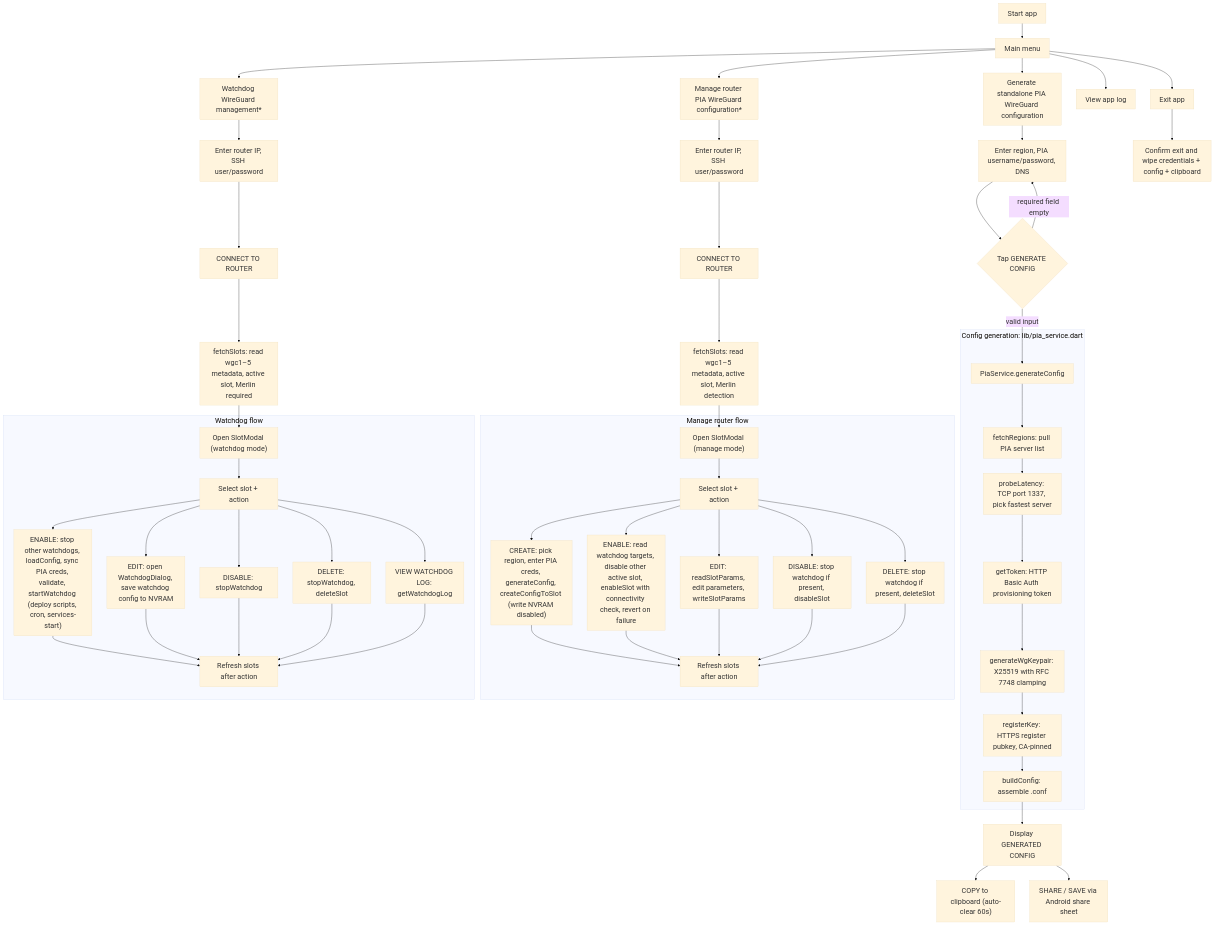
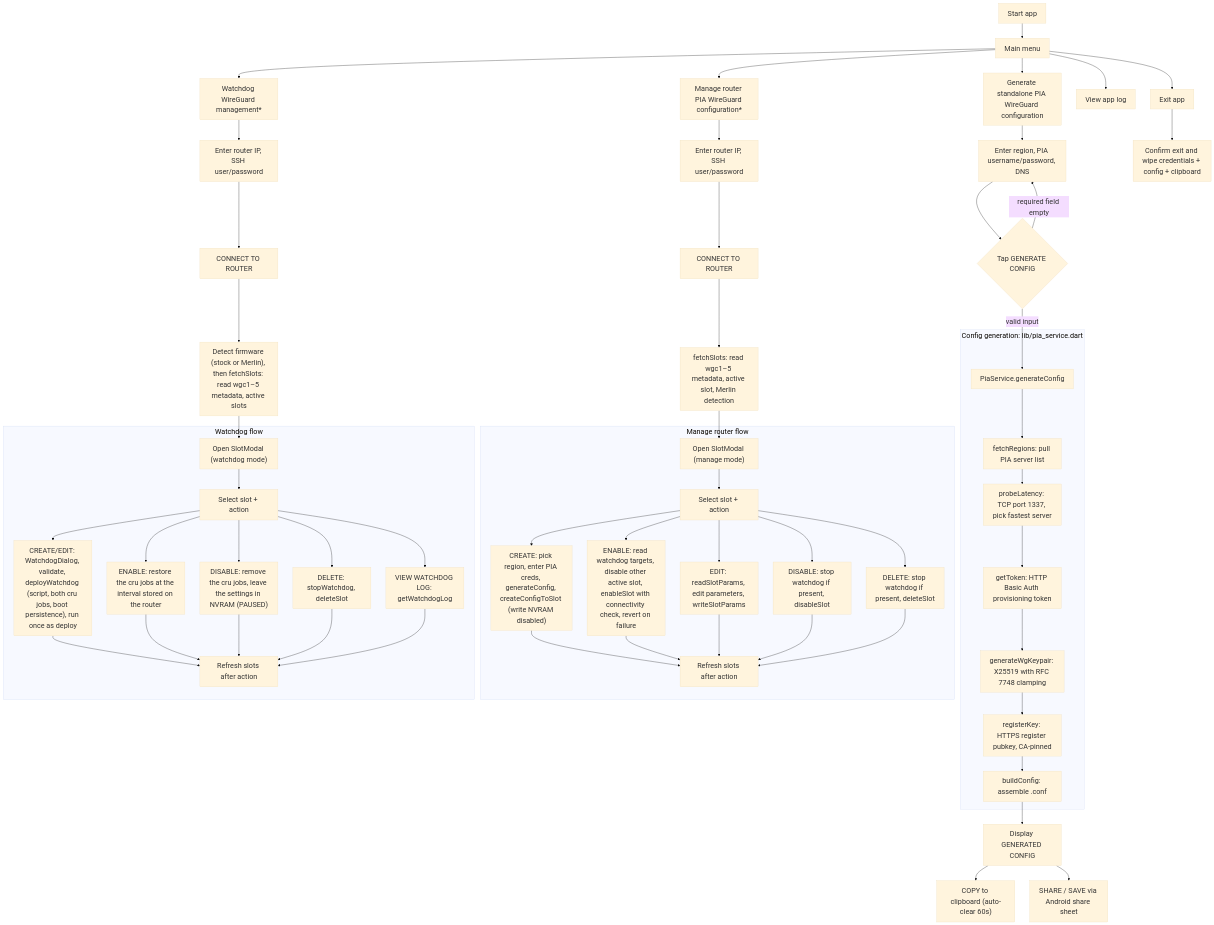
The diagram in ARCHITECTURE.md (ExponentiallyDigital/cfg-pia-wg), drawn with Mermaid before and after one commit. The commit also changed other lines of this file and 19 other files, not shown here.

````diff
--- a/ARCHITECTURE.md
+++ b/ARCHITECTURE.md
@@ -46,77 +54,77 @@
 ```mermaid
 graph TD
 %%{init: {
   'theme': 'base',
   'themeVariables': {
     'fontSize': '24px'
   },
   'flowchart': {
     'subGraphTitleMargin': { 'top': 1,
     'bottom': 15}
   }
 }}%%
     A["Start app"] --> B["Main menu"]
     B --> C["Generate standalone PIA WireGuard configuration"]
     B --> D["Manage router PIA WireGuard configuration*"]
     B --> E["Watchdog WireGuard management*"]
     B --> F["View app log"]
     B --> G["Exit app"]
 
     C --> H["Enter region, PIA username/password, DNS"]
     H --> I{"Tap GENERATE CONFIG"}
     I -->|"required field empty"| H
     I -->|"valid input"| J["PiaService.generateConfig"]
 
     subgraph GEN["Config generation: lib/pia_service.dart"]
         J --> J1["fetchRegions: pull PIA server list"]
         J1 --> J2["probeLatency: TCP port 1337, pick fastest server"]
         J2 --> J3["getToken: HTTP Basic Auth provisioning token"]
         J3 --> J4["generateWgKeypair: X25519 with RFC 7748 clamping"]
         J4 --> J5["registerKey: HTTPS register pubkey, CA-pinned"]
         J5 --> J6["buildConfig: assemble .conf"]
     end
 
     J6 --> K["Display GENERATED CONFIG"]
     K --> L["COPY to clipboard (auto-clear 60s)"]
     K --> M["SHARE / SAVE via Android share sheet"]
 
     D --> D1["Enter router IP, SSH user/password"]
     D1 --> D2["CONNECT TO ROUTER"]
     D2 --> D3["fetchSlots: read wgc1–5 metadata, active slot, Merlin detection"]
     D3 --> D4["Open SlotModal (manage mode)"]
 
     subgraph MGR["Manage router flow"]
       D4 --> D5["Select slot + action"]
       D5 --> D5a["CREATE: pick region, enter PIA creds, generateConfig, createConfigToSlot (write NVRAM disabled)"]
       D5 --> D5b["ENABLE: read watchdog targets, disable other active slot, enableSlot with connectivity check, revert on failure"]
       D5 --> D5c["EDIT: readSlotParams, edit parameters, writeSlotParams"]
       D5 --> D5d["DISABLE: stop watchdog if present, disableSlot"]
       D5 --> D5e["DELETE: stop watchdog if present, deleteSlot"]
       D5a --> D5f["Refresh slots after action"]
       D5b --> D5f
       D5c --> D5f
       D5d --> D5f
       D5e --> D5f
     end
 
     E --> E1["Enter router IP, SSH user/password"]
     E1 --> E2["CONNECT TO ROUTER"]
-    E2 --> E3["fetchSlots: read wgc1–5 metadata, active slot, Merlin required"]
+    E2 --> E3["Detect firmware (stock or Merlin), then fetchSlots: read wgc1–5 metadata, active slots"]
     E3 --> E4["Open SlotModal (watchdog mode)"]
 
     subgraph WD["Watchdog flow"]
       E4 --> E5["Select slot + action"]
-      E5 --> E5a["ENABLE: stop other watchdogs, loadConfig, sync PIA creds, validate, startWatchdog (deploy scripts, cron, services-start)"]
-      E5 --> E5b["EDIT: open WatchdogDialog, save watchdog config to NVRAM"]
-      E5 --> E5c["DISABLE: stopWatchdog"]
+      E5 --> E5a["CREATE/EDIT: WatchdogDialog, validate, deployWatchdog (script, both cru jobs, boot persistence), run once as deploy"]
+      E5 --> E5b["ENABLE: restore the cru jobs at the interval stored on the router"]
+      E5 --> E5c["DISABLE: remove the cru jobs, leave the settings in NVRAM (PAUSED)"]
       E5 --> E5d["DELETE: stopWatchdog, deleteSlot"]
       E5 --> E5e["VIEW WATCHDOG LOG: getWatchdogLog"]
       E5a --> E5f["Refresh slots after action"]
       E5b --> E5f
       E5c --> E5f
       E5d --> E5f
       E5e --> E5f
     end
 
     G --> R["Confirm exit and wipe credentials + config + clipboard"]
 ```
````
